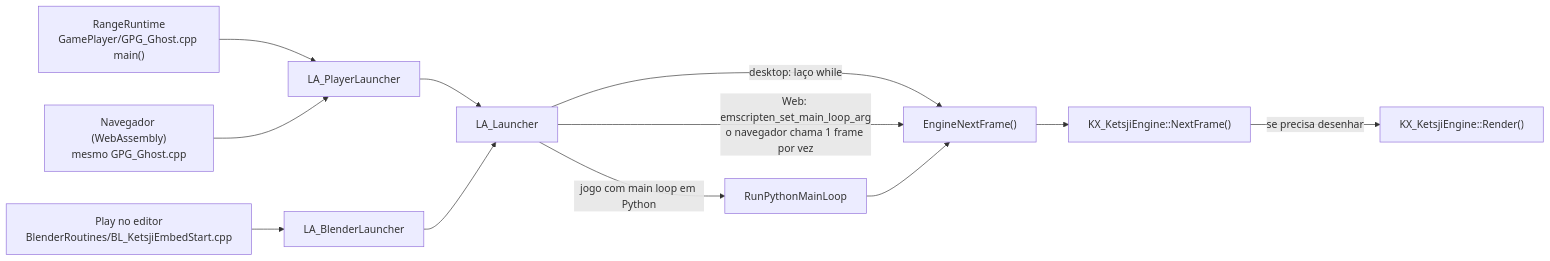
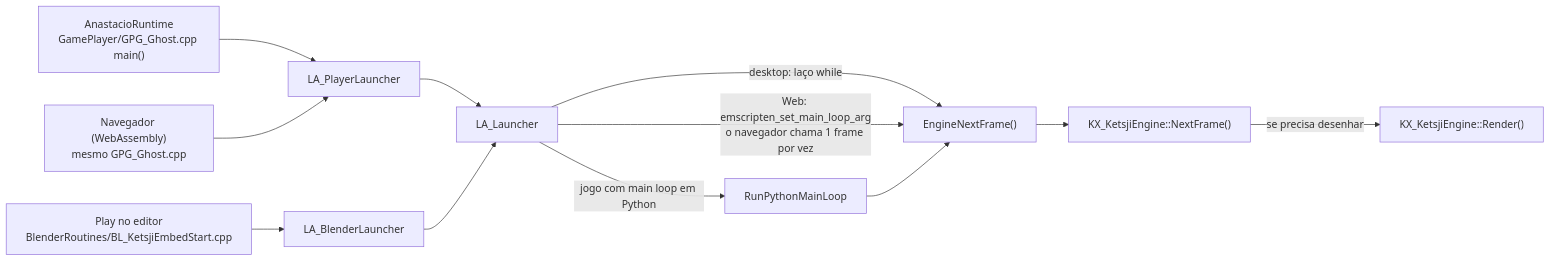
Before and after one commit to AnastacioGames/AnastacioEngine: the third of 6 diagrams in docs/diagramas-arquitetura.md, drawn with Mermaid. The commit also changed other lines of this file and 1 other file, not shown here.

Commit message:
docs(architecture): refresh diagrams and map for Network, Logic/UI Tree, .cooked and new frame steps

````diff
--- a/docs/diagramas-arquitetura.md
+++ b/docs/diagramas-arquitetura.md
@@ -91,13 +94,13 @@
 ```mermaid
 flowchart LR
-    A["RangeRuntime<br/>GamePlayer/GPG_Ghost.cpp main()"] --> PL["LA_PlayerLauncher"]
+    A["AnastacioRuntime<br/>GamePlayer/GPG_Ghost.cpp main()"] --> PL["LA_PlayerLauncher"]
     B["Play no editor<br/>BlenderRoutines/BL_KetsjiEmbedStart.cpp"] --> BLL["LA_BlenderLauncher"]
     C["Navegador (WebAssembly)<br/>mesmo GPG_Ghost.cpp"] --> PL
     PL --> L["LA_Launcher"]
     BLL --> L
     L -->|"desktop: laço while"| F["EngineNextFrame()"]
     L -->|"Web: emscripten_set_main_loop_arg<br/>o navegador chama 1 frame por vez"| F
     L -->|"jogo com main loop em Python"| P["RunPythonMainLoop"] --> F
     F --> K["KX_KetsjiEngine::NextFrame()"]
     K -->|"se precisa desenhar"| R["KX_KetsjiEngine::Render()"]
 ```
````
